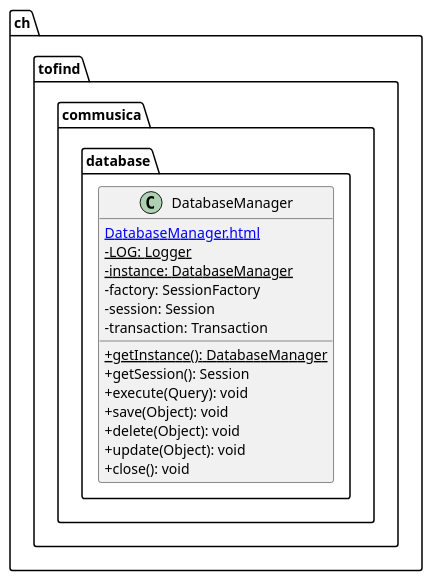
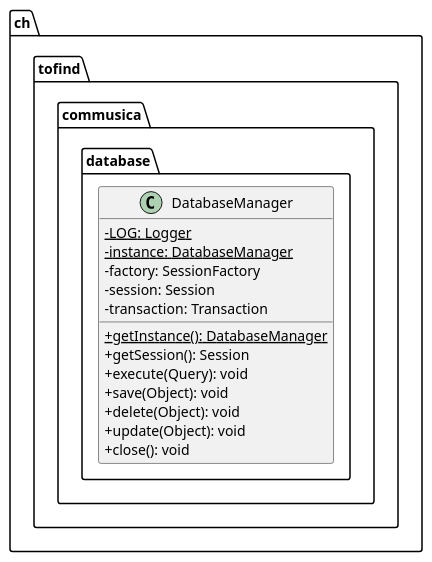
Before and after one commit to heig-vd-pro2017/projet: the diagram in doc/PRO/UML/database.puml, drawn with PlantUML. The commit also changed 8 other files, not shown here.

```diff
--- a/doc/PRO/UML/database.puml
+++ b/doc/PRO/UML/database.puml
@@ -1,25 +1,24 @@
 @startuml
 
     skinparam classAttributeIconSize 0
 
     namespace ch.tofind.commusica.database {
 
         class DatabaseManager {
-            [[DatabaseManager.html]]
             {static} -LOG: Logger
             {static} -instance: DatabaseManager
             -factory: SessionFactory
             -session: Session
             -transaction: Transaction
             {static} +getInstance(): DatabaseManager
             +getSession(): Session
             +execute(Query): void
             +save(Object): void
             +delete(Object): void
             +update(Object): void
             +close(): void
         }
 
     }
 
 @enduml
```
